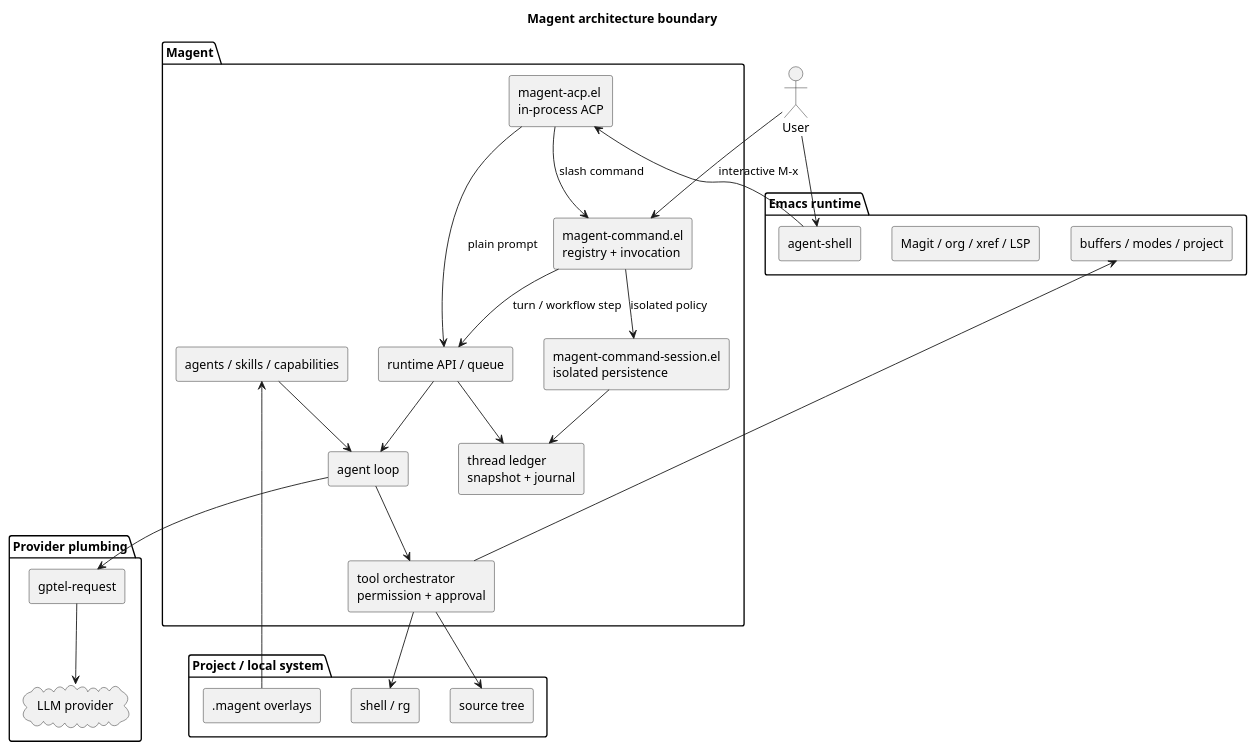
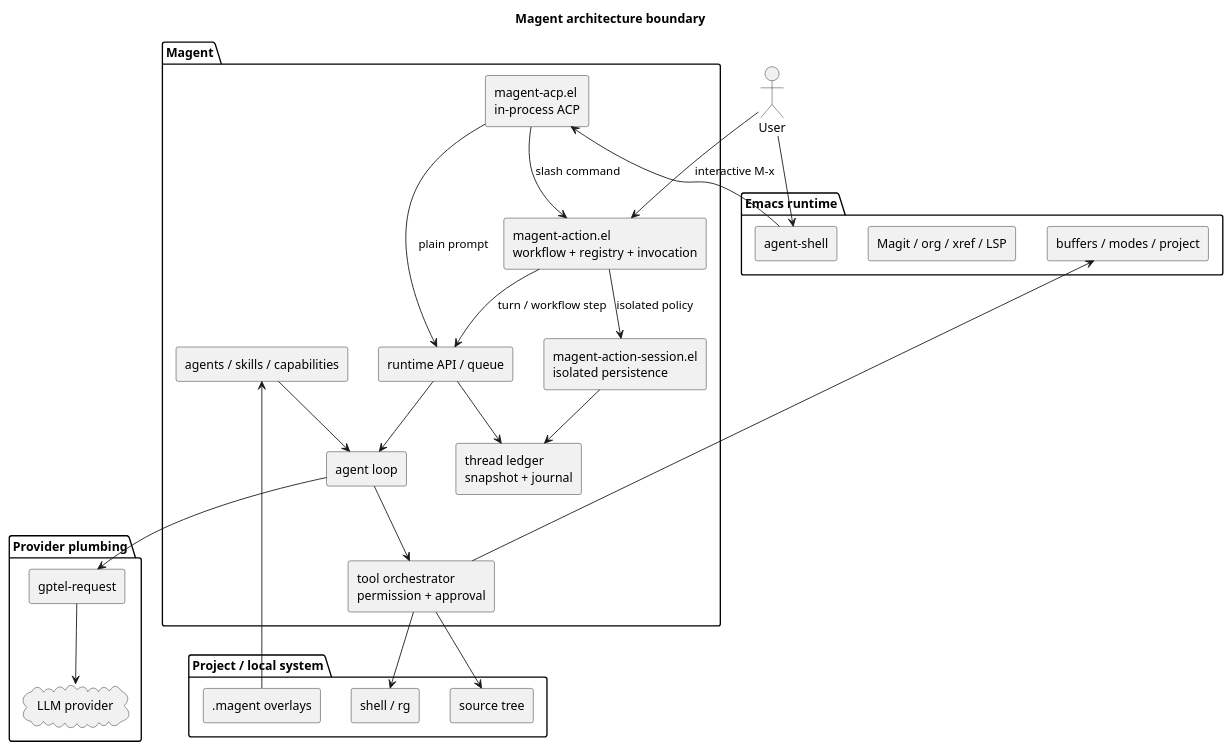
Before and after one commit to Jamie-Cui/magent: the first of 3 diagrams in docs/_diagrams/magent-architecture.org, drawn with PlantUML. The commit also changed other lines of this file and 85 other files, not shown here.

```diff
--- a/docs/_diagrams/magent-architecture.org
+++ b/docs/_diagrams/magent-architecture.org
@@ -6,57 +6,57 @@
 #+begin_src plantuml :file ../assets/img/diagrams/architecture-boundary.svg :exports results :results file
 @startuml
 title Magent architecture boundary
 skinparam monochrome true
 skinparam shadowing false
 skinparam componentStyle rectangle
 
 actor User
 
 package "Emacs runtime" {
   [buffers / modes / project]
   [Magit / org / xref / LSP]
   [agent-shell]
 }
 
 package "Magent" {
   [magent-acp.el\nin-process ACP]
-  [magent-command.el\nregistry + invocation]
-  [magent-command-session.el\nisolated persistence]
+  [magent-action.el\nworkflow + registry + invocation]
+  [magent-action-session.el\nisolated persistence]
   [runtime API / queue]
   [thread ledger\nsnapshot + journal]
   [agent loop]
   [tool orchestrator\npermission + approval]
   [agents / skills / capabilities]
 }
 
 package "Provider plumbing" {
   [gptel-request]
   cloud "LLM provider" as Provider
 }
 
 package "Project / local system" {
   [source tree]
   [shell / rg]
   [.magent overlays]
 }
 
 User --> [agent-shell]
-User --> [magent-command.el\nregistry + invocation] : interactive M-x
+User --> [magent-action.el\nworkflow + registry + invocation] : interactive M-x
 [agent-shell] --> [magent-acp.el\nin-process ACP]
 [magent-acp.el\nin-process ACP] --> [runtime API / queue] : plain prompt
-[magent-acp.el\nin-process ACP] --> [magent-command.el\nregistry + invocation] : slash command
-[magent-command.el\nregistry + invocation] --> [runtime API / queue] : turn / workflow step
-[magent-command.el\nregistry + invocation] --> [magent-command-session.el\nisolated persistence] : isolated policy
-[magent-command-session.el\nisolated persistence] --> [thread ledger\nsnapshot + journal]
+[magent-acp.el\nin-process ACP] --> [magent-action.el\nworkflow + registry + invocation] : slash command
+[magent-action.el\nworkflow + registry + invocation] --> [runtime API / queue] : turn / workflow step
+[magent-action.el\nworkflow + registry + invocation] --> [magent-action-session.el\nisolated persistence] : isolated policy
+[magent-action-session.el\nisolated persistence] --> [thread ledger\nsnapshot + journal]
 [runtime API / queue] --> [thread ledger\nsnapshot + journal]
 [runtime API / queue] --> [agent loop]
 [agent loop] --> [gptel-request]
 [gptel-request] --> Provider
 [agent loop] --> [tool orchestrator\npermission + approval]
 [tool orchestrator\npermission + approval] --> [source tree]
 [tool orchestrator\npermission + approval] --> [shell / rg]
 [tool orchestrator\npermission + approval] --> [buffers / modes / project]
 [agents / skills / capabilities] --> [agent loop]
 [.magent overlays] --> [agents / skills / capabilities]
 @enduml
 #+end_src
```
